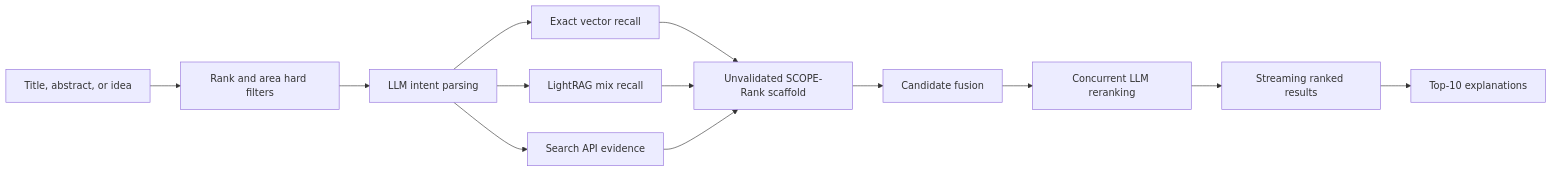
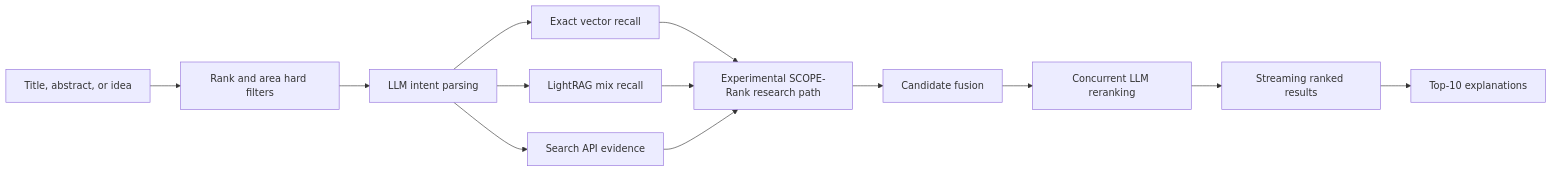
The diagram in README.md (rudykon/Where_Papers_Go), drawn with Mermaid before and after one commit. The commit also changed other lines of this file and 7 other files, not shown here.

Commit message:
docs(research): freeze negative SCOPE-Rank result

````diff
--- a/README.md
+++ b/README.md
@@ -95,15 +95,15 @@
 ```mermaid
 flowchart LR
     Q[Title, abstract, or idea] --> F[Rank and area hard filters]
     F --> I[LLM intent parsing]
     I --> V[Exact vector recall]
     I --> G[LightRAG mix recall]
     I --> S[Search API evidence]
-    V --> A[Unvalidated SCOPE-Rank scaffold]
+    V --> A[Experimental SCOPE-Rank research path]
     G --> A
     S --> A
     A --> M[Candidate fusion]
     M --> R[Concurrent LLM reranking]
     R --> O[Streaming ranked results]
     O --> E[Top-10 explanations]
 ```
````
